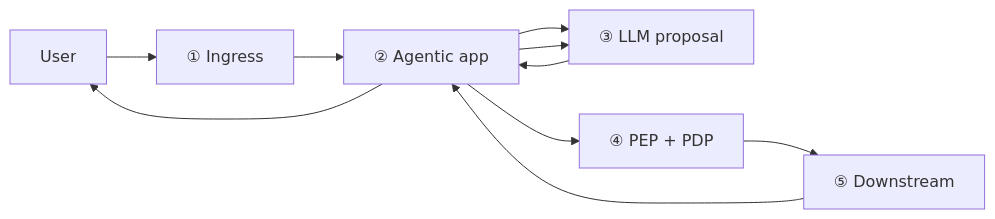
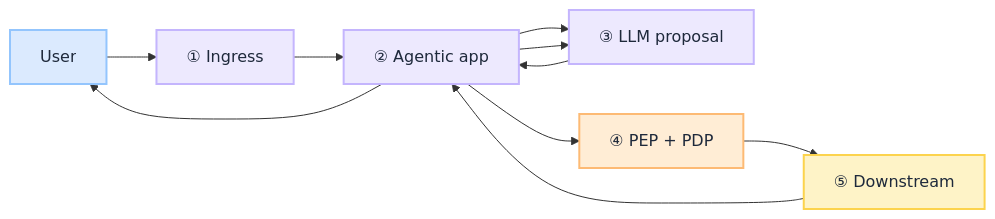
Before and after one commit to iamsharmajitender/gain: the first of 2 diagrams in docs/playbooks/governance/runtime/boundary/overview.mdx, drawn with Mermaid. The commit also changed other lines of this file and 74 other files, not shown here.

````diff
--- a/docs/playbooks/governance/runtime/boundary/overview.mdx
+++ b/docs/playbooks/governance/runtime/boundary/overview.mdx
@@ -28,12 +28,22 @@
 ```mermaid
 flowchart LR
   U[User] --> B1["① Ingress"]
   B1 --> B2["② Agentic app"]
   B2 --> B3["③ LLM proposal"]
   B3 --> B2
   B2 --> B4["④ PEP + PDP"]
   B4 --> B5["⑤ Downstream"]
   B5 --> B2
   B2 --> B3
   B2 --> U
+
+  classDef actor fill:#dbeafe,stroke:#93c5fd,color:#1e293b,stroke-width:2px
+  classDef process fill:#ede9fe,stroke:#c4b5fd,color:#1e293b,stroke-width:2px
+  classDef gate fill:#ffedd5,stroke:#fdba74,color:#1e293b,stroke-width:2px
+  classDef action fill:#fef3c7,stroke:#fcd34d,color:#1e293b,stroke-width:2px
+
+  class U actor
+  class B1,B2,B3 process
+  class B4 gate
+  class B5 action
 ```
````
